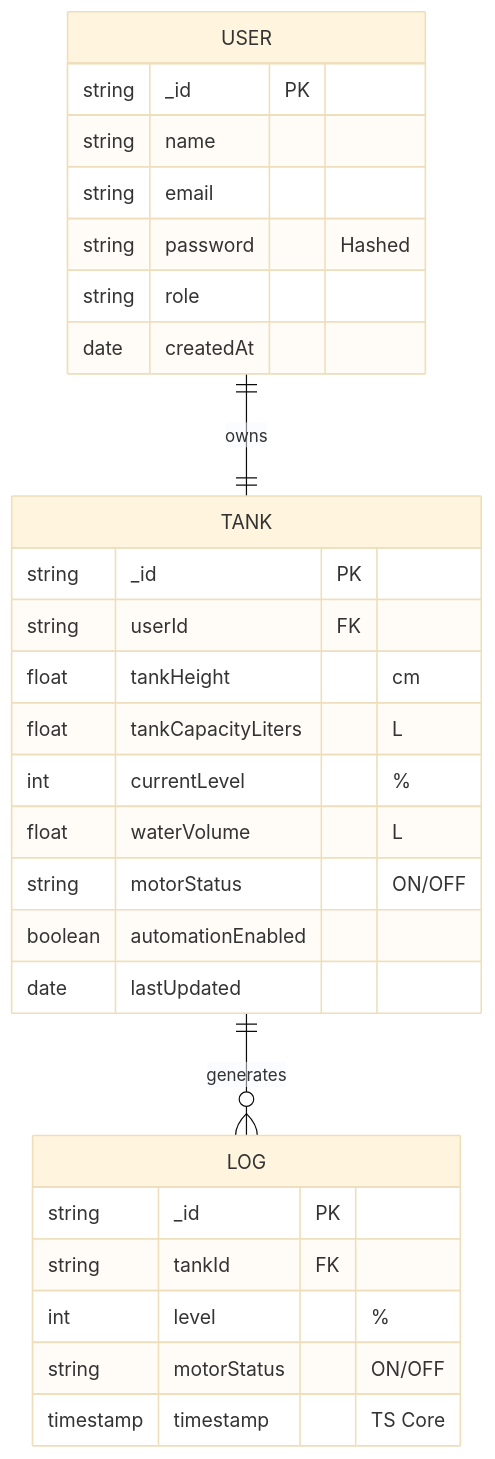
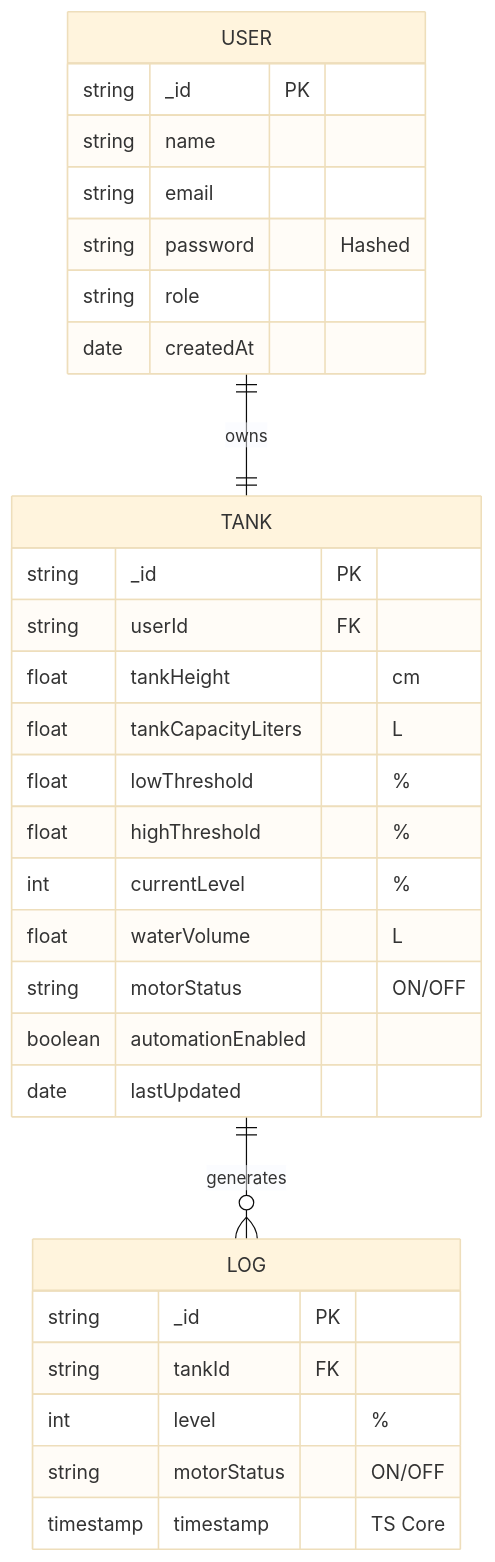
Before and after one commit to Yuvaraj007A/water-level-monitor: the first of 7 diagrams in SYSTEM_ARCHITECTURE.md, drawn with Mermaid (base theme). The commit also changed other lines of this file and 23 other files, not shown here.

````diff
--- a/SYSTEM_ARCHITECTURE.md
+++ b/SYSTEM_ARCHITECTURE.md
@@ -10,34 +10,36 @@
 ```mermaid
 erDiagram
     USER ||--|| TANK : "owns"
     TANK ||--o{ LOG : "generates"
 
     USER {
         string _id PK
         string name
         string email
         string password "Hashed"
         string role
         date createdAt
     }
 
     TANK {
         string _id PK
         string userId FK
         float tankHeight "cm"
         float tankCapacityLiters "L"
+        float lowThreshold "%"
+        float highThreshold "%"
         int currentLevel "%"
         float waterVolume "L"
         string motorStatus "ON/OFF"
         boolean automationEnabled
         date lastUpdated
     }
 
     LOG {
         string _id PK
         string tankId FK
         int level "%"
         string motorStatus "ON/OFF"
         timestamp timestamp "TS Core"
     }
 ```
````
